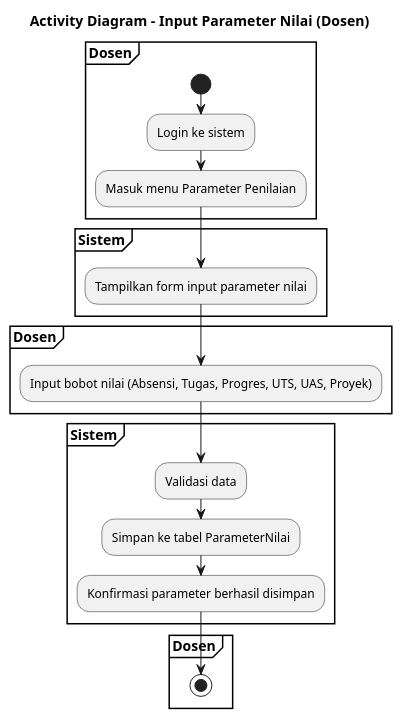
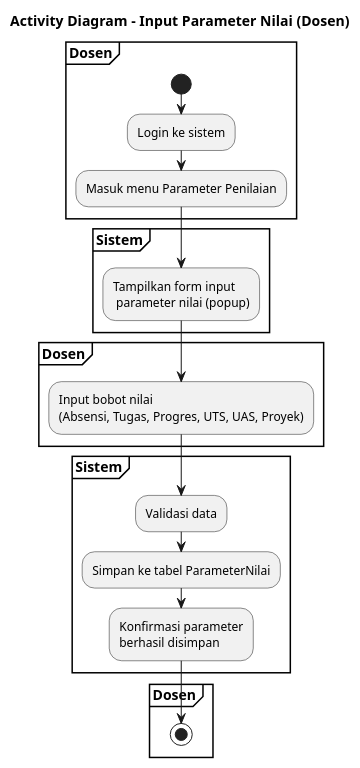
The diagram in ParmNilai(dosen).puml (pikimen357/ActivityDiagramPAD), drawn with PlantUML before and after one commit. The commit also changed 1 other file, not shown here.

Commit message:
update parameter & penilaian

```diff
--- a/ParmNilai(dosen).puml
+++ b/ParmNilai(dosen).puml
@@ -1,28 +1,31 @@
 @startuml
 title Activity Diagram - Input Parameter Nilai (Dosen)
 
 
 partition "<b>Dosen</b>" {
     start
   :Login ke sistem;
   :Masuk menu Parameter Penilaian;
 }
 
 partition "<b>Sistem</b>" {
-  :Tampilkan form input parameter nilai;
+  :Tampilkan form input
+   parameter nilai (popup);
 }
 
 partition "<b>Dosen</b>" {
-  :Input bobot nilai (Absensi, Tugas, Progres, UTS, UAS, Proyek);
+  :Input bobot nilai 
+  (Absensi, Tugas, Progres, UTS, UAS, Proyek);
 }
 partition "<b>Sistem</b>" {
   :Validasi data;
   :Simpan ke tabel ParameterNilai;
-  :Konfirmasi parameter berhasil disimpan;
+  :Konfirmasi parameter
+  berhasil disimpan;
 }
 
 partition "<b>Dosen</b>" {
     stop
 }
 
 @enduml
```
